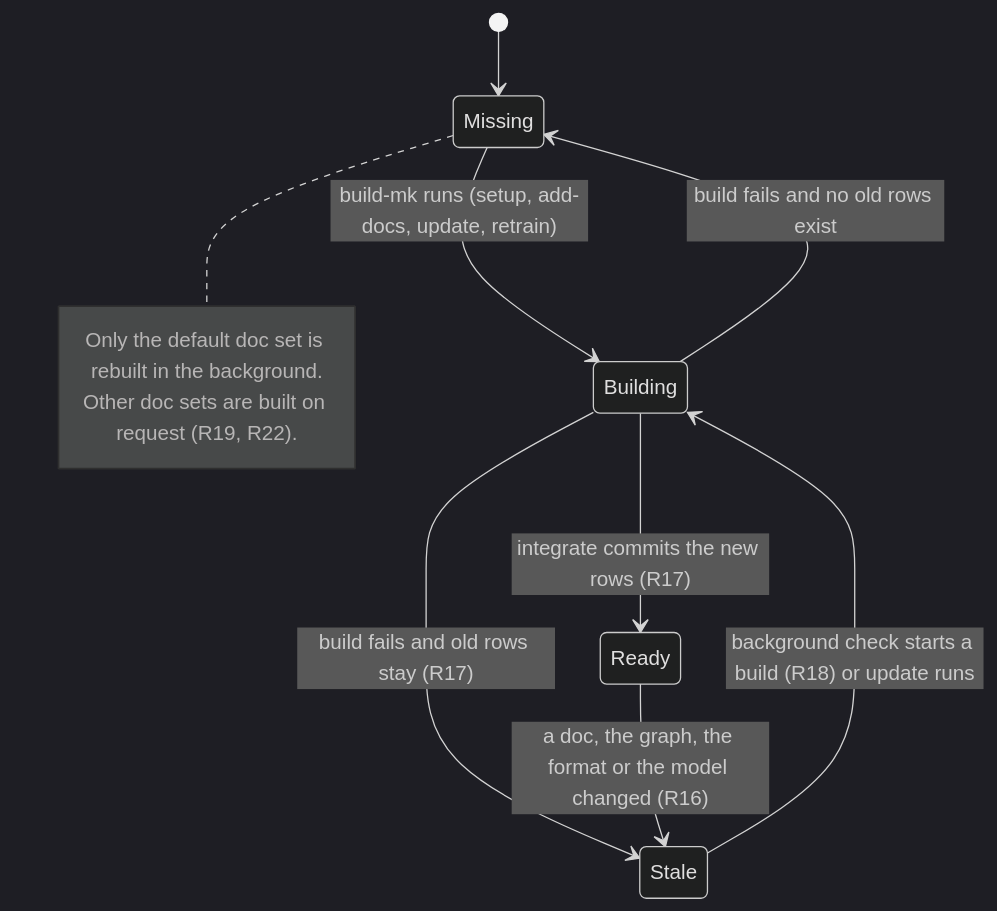
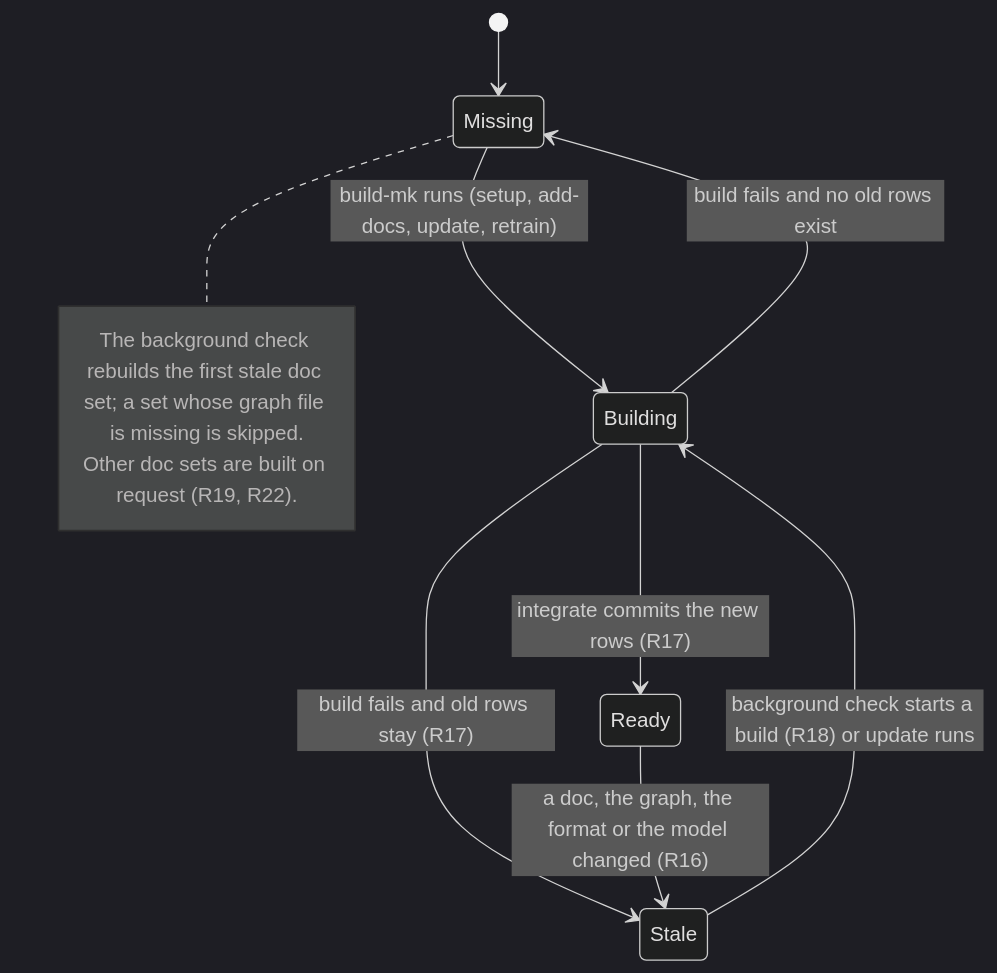
The first of 2 diagrams in repo-docs/business/03-state-machines.md (ThanhNVan/gabriel-plugin), drawn with Mermaid (dark theme) before and after one commit. The commit also changed other lines of this file and 93 other files, not shown here.

````diff
--- a/repo-docs/business/03-state-machines.md
+++ b/repo-docs/business/03-state-machines.md
@@ -16,14 +16,14 @@
 ```mermaid
 stateDiagram-v2
   [*] --> Missing
   Missing --> Building : build-mk runs (setup, add-docs, update, retrain)
   Building --> Ready : integrate commits the new rows (R17)
   Building --> Missing : build fails and no old rows exist
   Building --> Stale : build fails and old rows stay (R17)
   Ready --> Stale : a doc, the graph, the format or the model changed (R16)
   Stale --> Building : background check starts a build (R18) or update runs
   note right of Missing
-    Only the default doc set is rebuilt in the background.
+    The background check rebuilds the first stale doc set; a set whose graph file is missing is skipped.
     Other doc sets are built on request (R19, R22).
   end note
 ```
````
